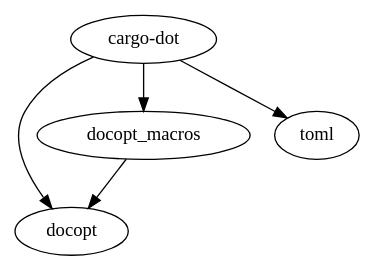
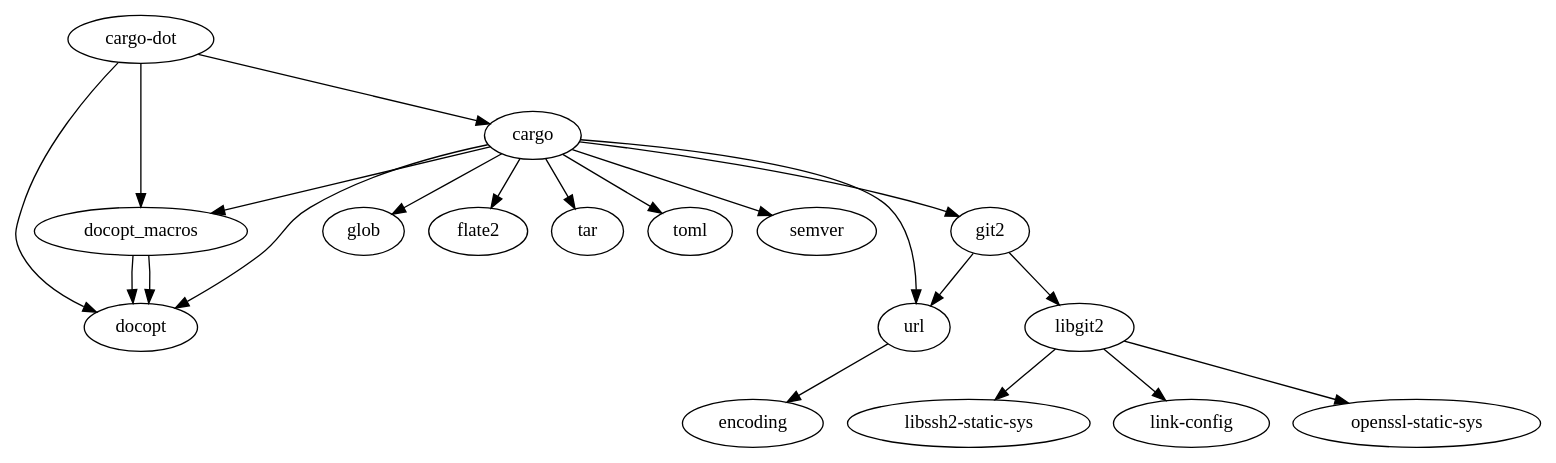
The diagram in etc/cargo-dot.dot (kbknapp/cargo-graph), drawn with Graphviz before and after one commit. The commit also changed 7 other files, not shown here.

```diff
--- a/etc/cargo-dot.dot
+++ b/etc/cargo-dot.dot
@@ -1,10 +1,38 @@
 digraph example3 {
     N0[label="cargo-dot"];
-    N1[label="docopt"];
-    N2[label="docopt_macros"];
-    N3[label="toml"];
-    N0 -> N1[label=""];
-    N0 -> N2[label=""];
-    N0 -> N3[label=""];
+    N1[label="libssh2-static-sys"];
+    N2[label="libgit2"];
+    N3[label="link-config"];
+    N4[label="openssl-static-sys"];
+    N5[label="docopt"];
+    N6[label="docopt_macros"];
+    N7[label="cargo"];
+    N8[label="glob"];
+    N9[label="flate2"];
+    N10[label="encoding"];
+    N11[label="tar"];
+    N12[label="toml"];
+    N13[label="semver"];
+    N14[label="url"];
+    N15[label="git2"];
+    N2 -> N3[label=""];
     N2 -> N1[label=""];
+    N2 -> N4[label=""];
+    N0 -> N5[label=""];
+    N0 -> N6[label=""];
+    N0 -> N7[label=""];
+    N6 -> N5[label=""];
+    N7 -> N5[label=""];
+    N7 -> N13[label=""];
+    N7 -> N8[label=""];
+    N7 -> N12[label=""];
+    N7 -> N6[label=""];
+    N7 -> N14[label=""];
+    N7 -> N15[label=""];
+    N7 -> N11[label=""];
+    N7 -> N9[label=""];
+    N14 -> N10[label=""];
+    N6 -> N5[label=""];
+    N15 -> N2[label=""];
+    N15 -> N14[label=""];
 }
```
